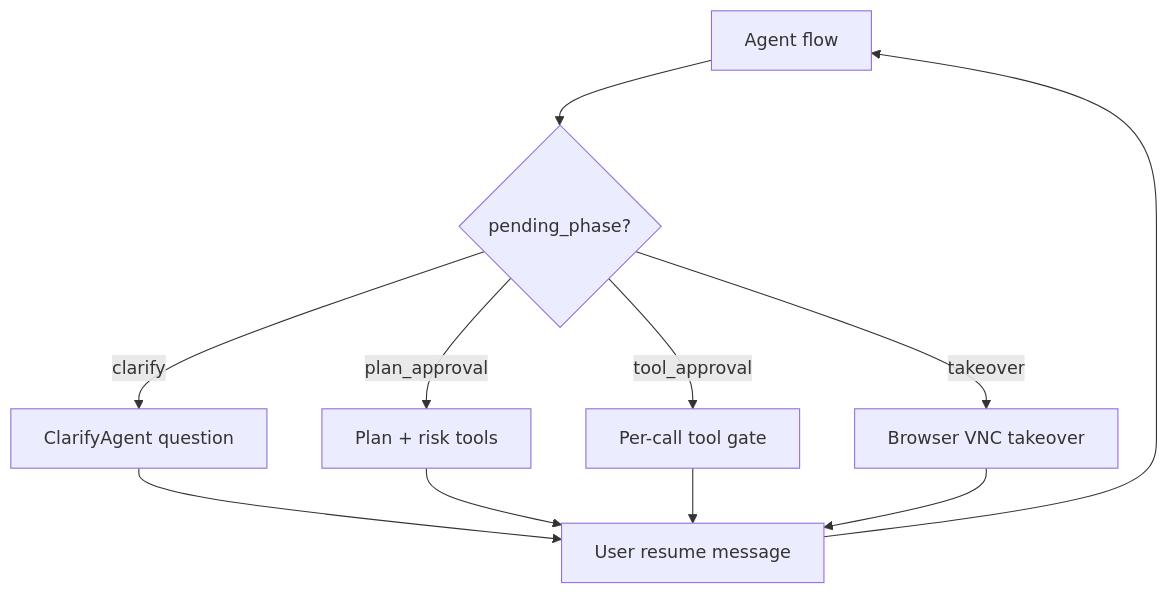
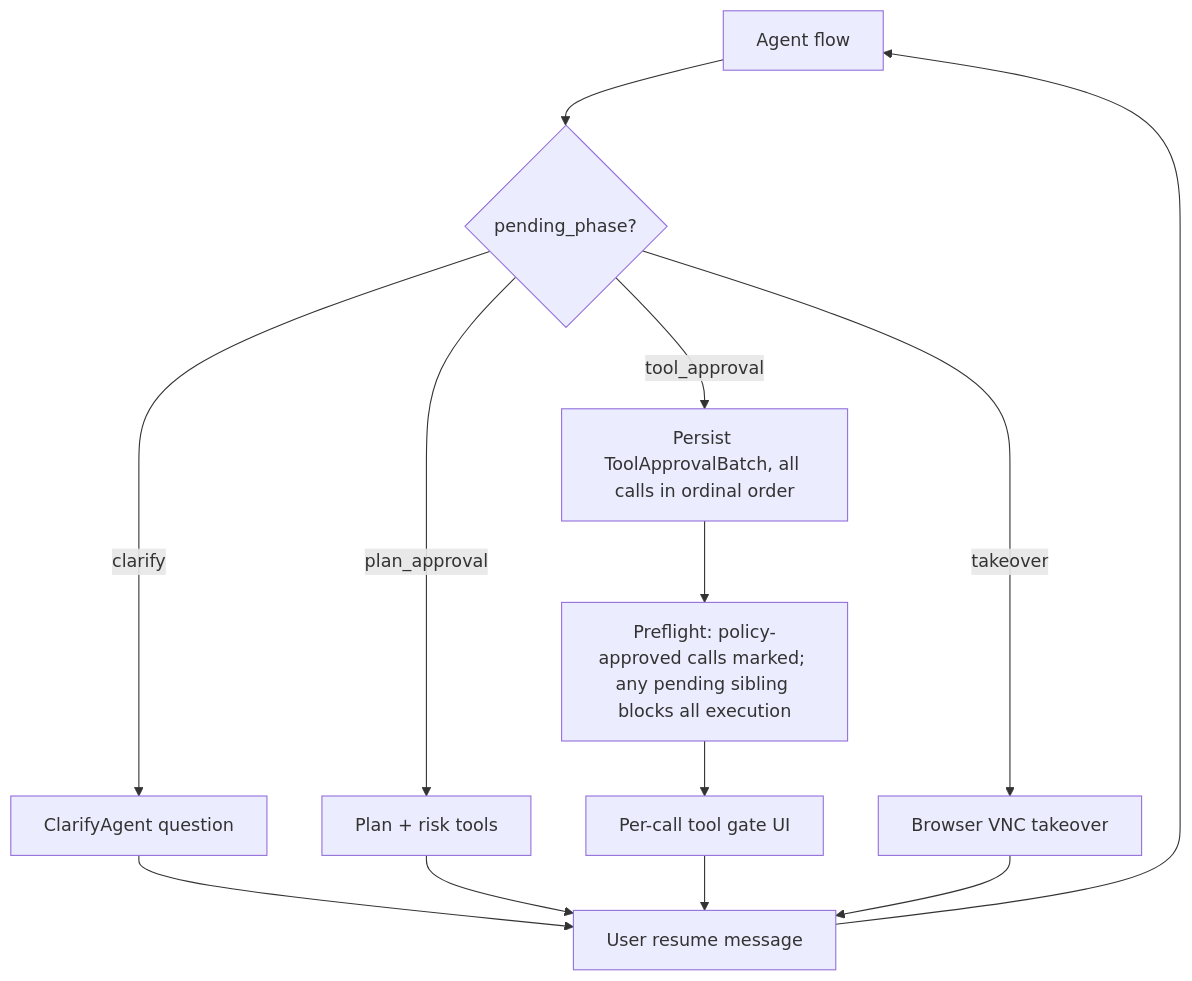
One commit to OceaLong/opencitadel changed the first of 3 diagrams in docs/architecture/checkpoints-and-hitl.md. Above: the diagram before and after it, drawn with Mermaid. The commit also changed other lines of this file and 375 other files, not shown here.

````diff
--- a/docs/architecture/checkpoints-and-hitl.md
+++ b/docs/architecture/checkpoints-and-hitl.md
@@ -9,13 +9,15 @@
 ```mermaid
 flowchart TD
   Agent["Agent flow"] --> Gate{"pending_phase?"}
   Gate -->|clarify| Clarify["ClarifyAgent question"]
   Gate -->|plan_approval| Plan["Plan + risk tools"]
-  Gate -->|tool_approval| Tool["Per-call tool gate"]
+  Gate -->|tool_approval| Batch["Persist ToolApprovalBatch, all calls in ordinal order"]
+  Batch --> Preflight["Preflight: policy-approved calls marked; any pending sibling blocks all execution"]
+  Preflight --> Tool["Per-call tool gate UI"]
   Gate -->|takeover| VNC["Browser VNC takeover"]
   Clarify --> Resume["User resume message"]
   Plan --> Resume
   Tool --> Resume
   VNC --> Resume
   Resume --> Agent
 ```
````
